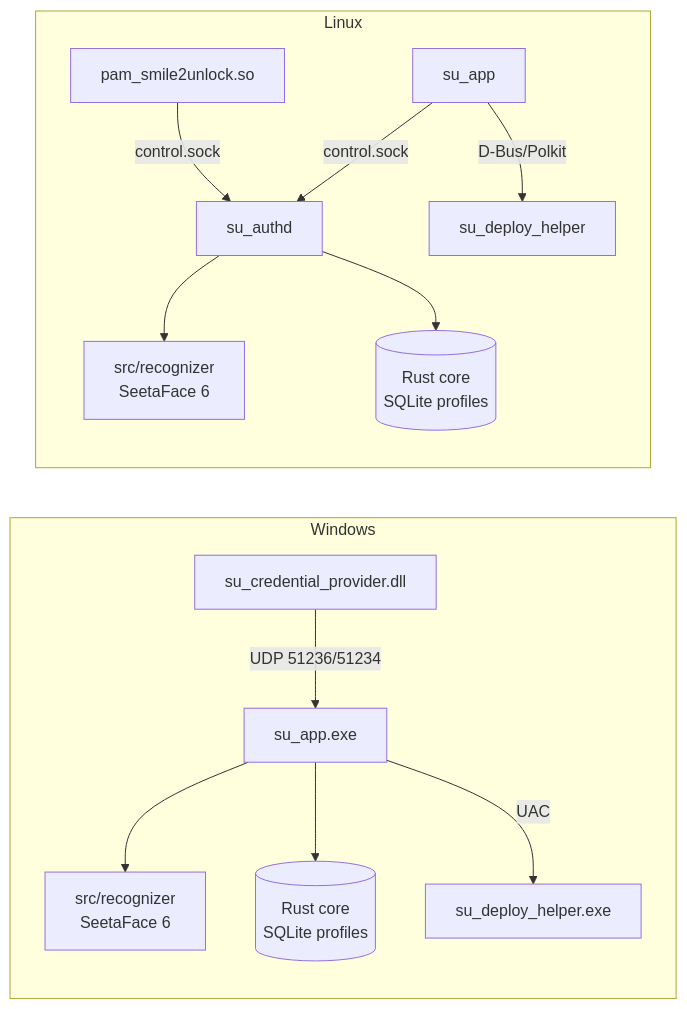
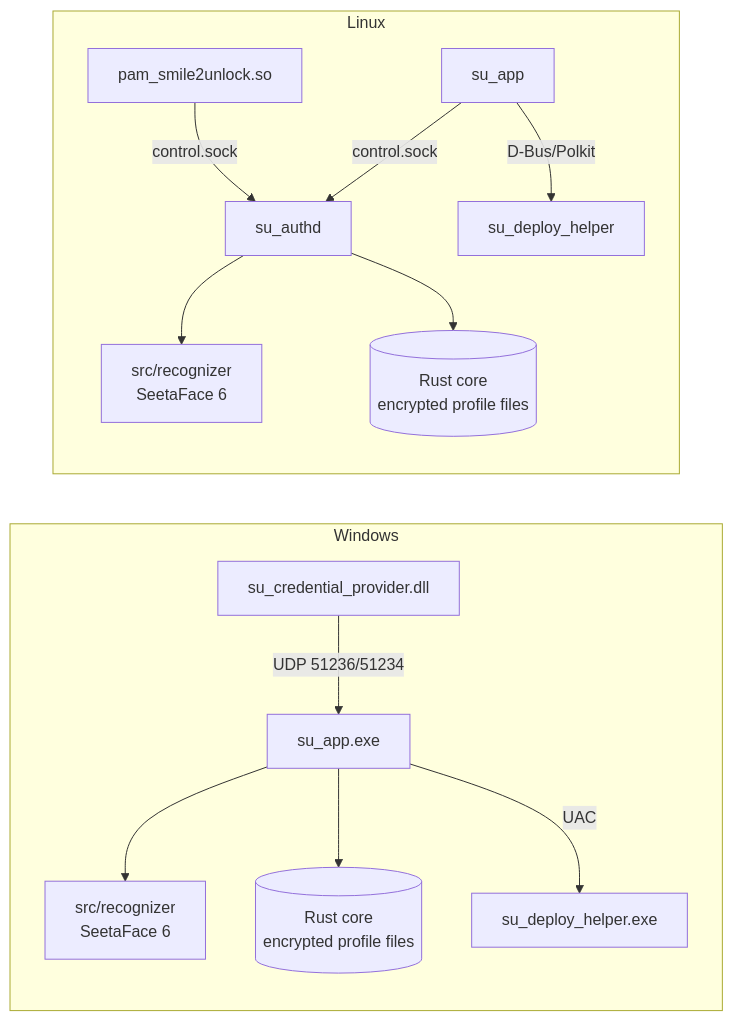
Before and after one commit to Smile2Unlock/Smile2Unlock_v2: the diagram in README.md, drawn with Mermaid. The commit also changed other lines of this file and 1 other file, not shown here.

````diff
--- a/README.md
+++ b/README.md
@@ -93,16 +96,16 @@
 ```mermaid
 flowchart LR
     subgraph Windows
         CP[su_credential_provider.dll] -- UDP 51236/51234 --> APP[su_app.exe]
         APP --> REC[src/recognizer<br/>SeetaFace 6]
-        APP --> CORE[(Rust core<br/>SQLite profiles)]
+        APP --> CORE[(Rust core<br/>encrypted profile files)]
         APP -- UAC --> HELPER[su_deploy_helper.exe]
     end
     subgraph Linux
         PAM[pam_smile2unlock.so] -- control.sock --> AUTHD[su_authd]
         AUTHD --> REC2[src/recognizer<br/>SeetaFace 6]
-        AUTHD --> CORE2[(Rust core<br/>SQLite profiles)]
+        AUTHD --> CORE2[(Rust core<br/>encrypted profile files)]
         GUI[su_app] -- control.sock --> AUTHD
         GUI -- D-Bus/Polkit --> HELPER2[su_deploy_helper]
     end
 ```
````
